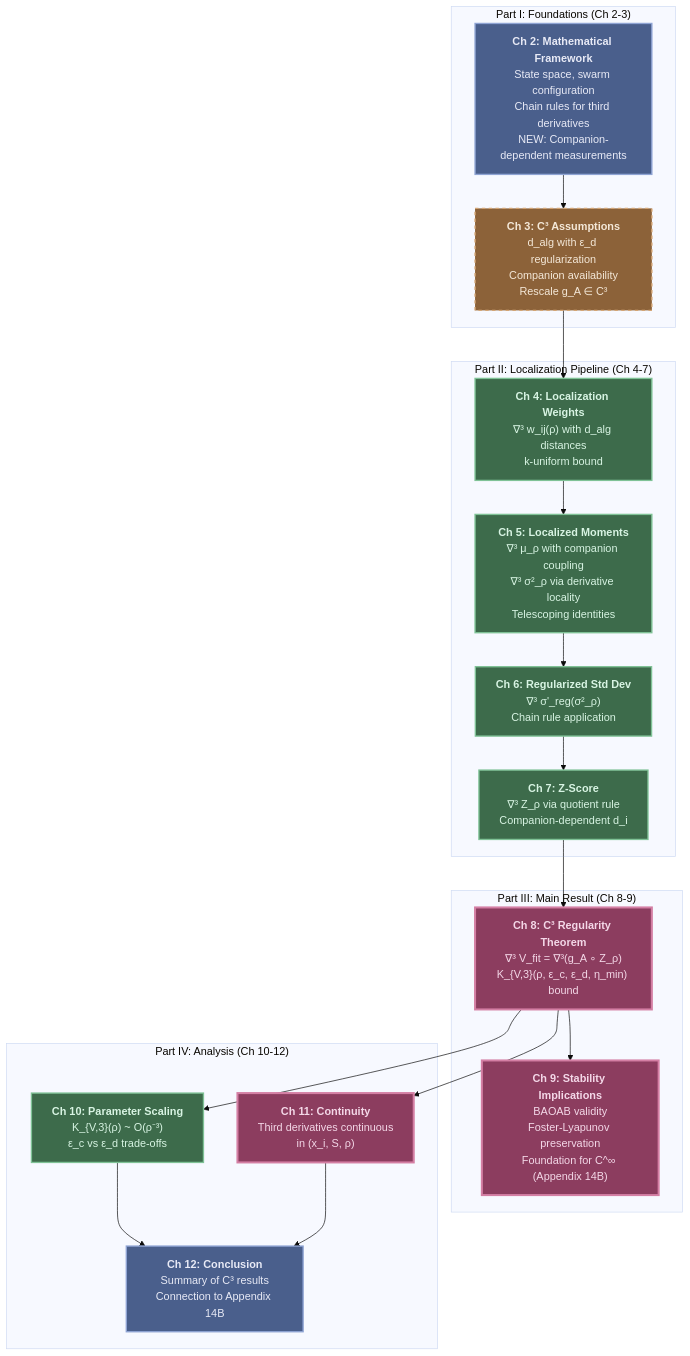
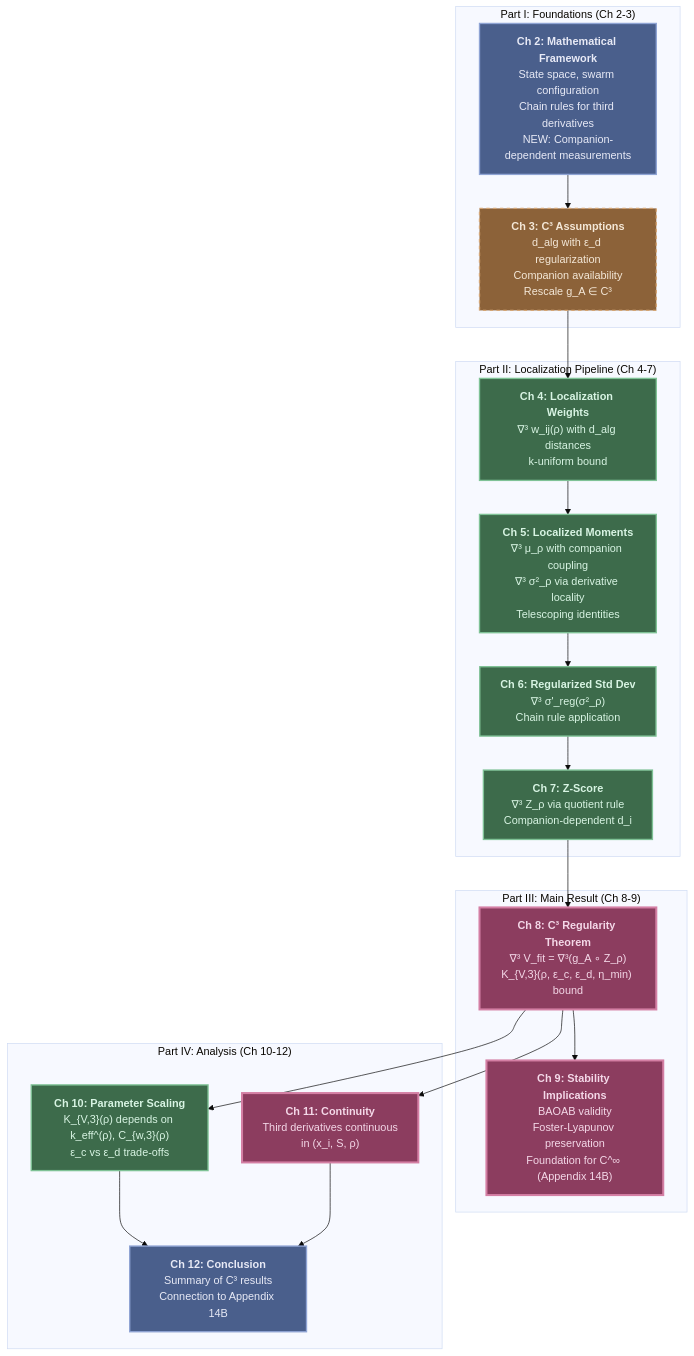
One commit to FragileTech/fragile changed the diagram in docs/source/3_fractal_gas/appendices/14_a_geometric_gas_c3_regularity.md. Above: the diagram before and after it, drawn with Mermaid (base theme). The commit also changed other lines of this file and 23 other files, not shown here.

````diff
--- a/docs/source/3_fractal_gas/appendices/14_a_geometric_gas_c3_regularity.md
+++ b/docs/source/3_fractal_gas/appendices/14_a_geometric_gas_c3_regularity.md
@@ -260,42 +262,42 @@
 ```{mermaid}
 graph TD
     subgraph "Part I: Foundations (Ch 2-3)"
         A["<b>Ch 2: Mathematical Framework</b><br>State space, swarm configuration<br>Chain rules for third derivatives<br>NEW: Companion-dependent measurements"]:::stateStyle
         B["<b>Ch 3: C³ Assumptions</b><br>d_alg with ε_d regularization<br>Companion availability<br>Rescale g_A ∈ C³"]:::axiomStyle
     end
 
     subgraph "Part II: Localization Pipeline (Ch 4-7)"
         C["<b>Ch 4: Localization Weights</b><br>∇³ w_ij(ρ) with d_alg distances<br>k-uniform bound"]:::lemmaStyle
         D["<b>Ch 5: Localized Moments</b><br>∇³ μ_ρ with companion coupling<br>∇³ σ²_ρ via derivative locality<br>Telescoping identities"]:::lemmaStyle
         E["<b>Ch 6: Regularized Std Dev</b><br>∇³ σ'_reg(σ²_ρ)<br>Chain rule application"]:::lemmaStyle
         F["<b>Ch 7: Z-Score</b><br>∇³ Z_ρ via quotient rule<br>Companion-dependent d_i"]:::lemmaStyle
     end
 
     subgraph "Part III: Main Result (Ch 8-9)"
         G["<b>Ch 8: C³ Regularity Theorem</b><br>∇³ V_fit = ∇³(g_A ∘ Z_ρ)<br>K_{V,3}(ρ, ε_c, ε_d, η_min) bound"]:::theoremStyle
         H["<b>Ch 9: Stability Implications</b><br>BAOAB validity<br>Foster-Lyapunov preservation<br>Foundation for C^∞ (Appendix 14B)"]:::theoremStyle
     end
 
     subgraph "Part IV: Analysis (Ch 10-12)"
-        I["<b>Ch 10: Parameter Scaling</b><br>K_{V,3}(ρ) ~ O(ρ⁻³)<br>ε_c vs ε_d trade-offs"]:::lemmaStyle
+        I["<b>Ch 10: Parameter Scaling</b><br>K_{V,3}(ρ) depends on k_eff^(ρ), C_{w,3}(ρ)<br>ε_c vs ε_d trade-offs"]:::lemmaStyle
         J["<b>Ch 11: Continuity</b><br>Third derivatives continuous<br>in (x_i, S, ρ)"]:::theoremStyle
         K["<b>Ch 12: Conclusion</b><br>Summary of C³ results<br>Connection to Appendix 14B"]:::stateStyle
     end
 
     A --> B
     B --> C
     C --> D
     D --> E
     E --> F
     F --> G
     G --> H
     G --> I
     G --> J
     I --> K
     J --> K
 
     classDef stateStyle fill:#4a5f8c,stroke:#8fa4d4,stroke-width:2px,color:#e8eaf6
     classDef axiomStyle fill:#8c6239,stroke:#d4a574,stroke-width:2px,stroke-dasharray: 5 5,color:#f4e8d8
     classDef lemmaStyle fill:#3d6b4b,stroke:#7fc296,stroke-width:2px,color:#d8f4e3
     classDef theoremStyle fill:#8c3d5f,stroke:#d47fa4,stroke-width:3px,color:#f4d8e8
 ```
````
